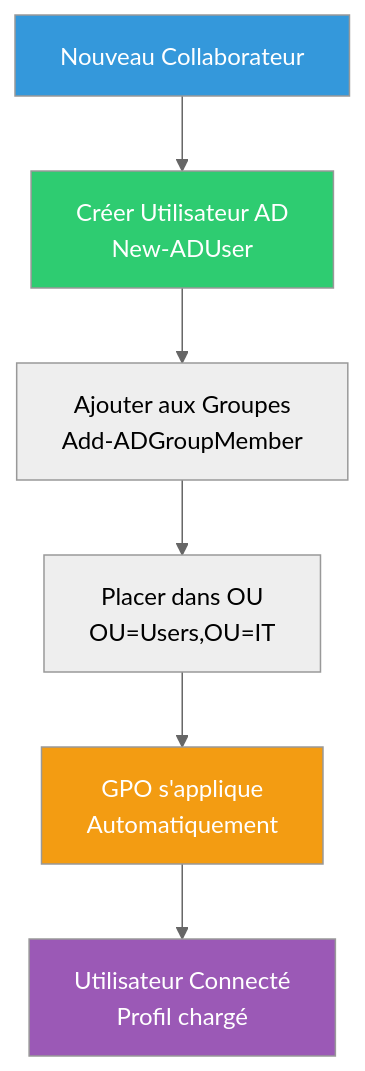
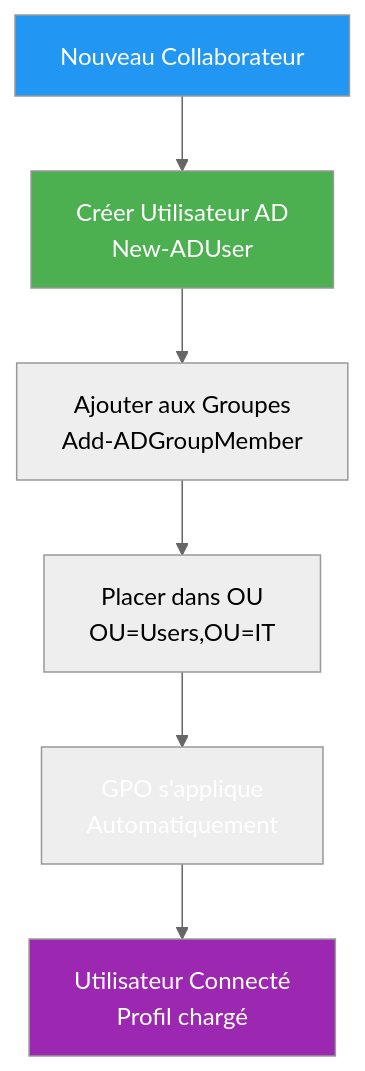
Before and after one commit to VBlackJack/ShellBook: the eighth of 9 diagrams in docs/windows/windows-mindmaps.md, drawn with Mermaid (neutral theme). The commit also changed other lines of this file and 337 other files, not shown here.

First line of the commit message:
refactor(docs): Standardize code blocks and Mermaid colors

````diff
--- a/docs/windows/windows-mindmaps.md
+++ b/docs/windows/windows-mindmaps.md
@@ -361,13 +361,13 @@
 ```mermaid
 flowchart TD
     A[Nouveau Collaborateur] --> B[Créer Utilisateur AD<br/>New-ADUser]
     B --> C[Ajouter aux Groupes<br/>Add-ADGroupMember]
     C --> D[Placer dans OU<br/>OU=Users,OU=IT]
     D --> E[GPO s'applique<br/>Automatiquement]
     E --> F[Utilisateur Connecté<br/>Profil chargé]
 
-    style A fill:#3498db,color:#fff
-    style B fill:#2ecc71,color:#fff
-    style E fill:#f39c12,color:#fff
-    style F fill:#9b59b6,color:#fff
+    style A fill:#2196F3,color:#fff
+    style B fill:#4CAF50,color:#fff
+    style E fill:#FF9800800800,color:#fff
+    style F fill:#9C27B0,color:#fff
 ```
````
